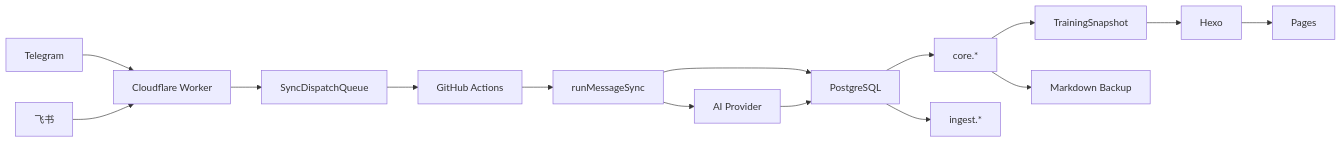
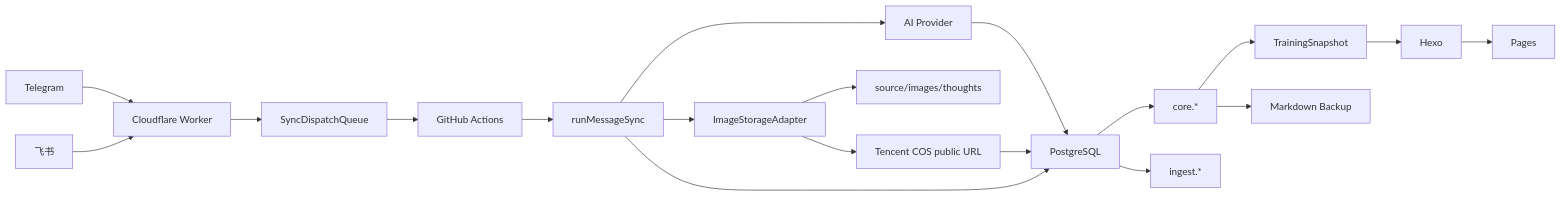
The diagram in docs/架构/系统架构.md (soulgo/training_records), drawn with Mermaid before and after one commit. The commit also changed other lines of this file and 41 other files, not shown here.

Commit message:
Add COS image storage docs and version 1.3.1

````diff
--- a/docs/架构/系统架构.md
+++ b/docs/架构/系统架构.md
@@ -10,17 +10,21 @@
 ```mermaid
 flowchart LR
   TG["Telegram"] --> W["Cloudflare Worker"]
   FS["飞书"] --> W
   W --> Q["SyncDispatchQueue"]
   Q --> GHA["GitHub Actions"]
   GHA --> UC["runMessageSync"]
   UC --> AI["AI Provider"]
+  UC --> IMG["ImageStorageAdapter"]
   UC --> DB["PostgreSQL"]
   AI --> DB
+  IMG --> LOCAL["source/images/thoughts"]
+  IMG --> COS["Tencent COS public URL"]
+  COS --> DB
   DB --> CORE["core.*"]
   DB --> ING["ingest.*"]
   CORE --> SNAP["TrainingSnapshot"]
   SNAP --> HEXO["Hexo"]
   HEXO --> PAGES["Pages"]
   CORE --> MD["Markdown Backup"]
 ```
````
